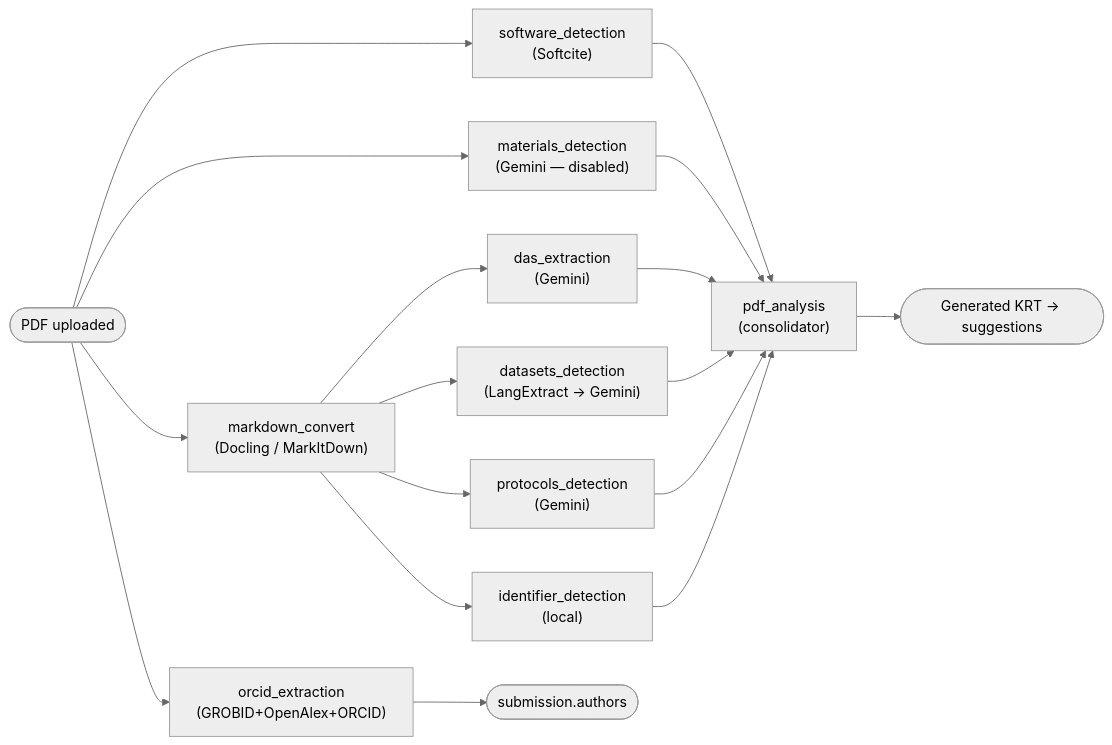
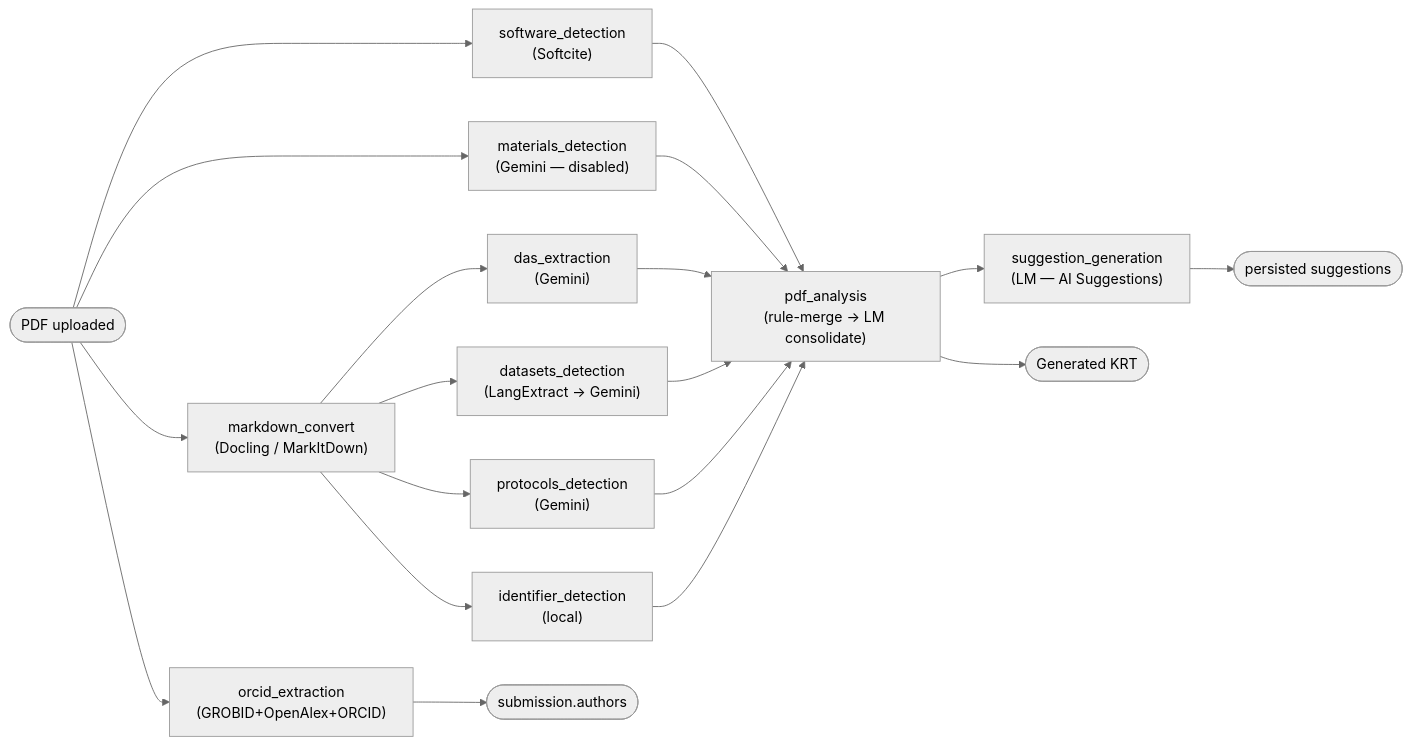
The diagram in docs/background-modules.md (DataSeer/asap-kr-sync), drawn with Mermaid (neutral theme) before and after one commit. The commit also changed other lines of this file and 14 other files, not shown here.

First line of the commit message:
docs: update for LM PDF Analysis + AI Suggestions module; drop ORCID dep

````diff
--- a/docs/background-modules.md
+++ b/docs/background-modules.md
@@ -33,19 +34,21 @@
 ```mermaid
 flowchart LR
     UP(["PDF uploaded"]) --> SW["software_detection<br/>(Softcite)"]
     UP --> OR["orcid_extraction<br/>(GROBID+OpenAlex+ORCID)"]
     UP --> MAT["materials_detection<br/>(Gemini — disabled)"]
     UP --> MDC["markdown_convert<br/>(Docling / MarkItDown)"]
     MDC --> DAS["das_extraction<br/>(Gemini)"]
     MDC --> DS["datasets_detection<br/>(LangExtract → Gemini)"]
     MDC --> PR["protocols_detection<br/>(Gemini)"]
     MDC --> ID["identifier_detection<br/>(local)"]
-    SW --> PA["pdf_analysis<br/>(consolidator)"]
+    SW --> PA["pdf_analysis<br/>(rule-merge → LM consolidate)"]
     MAT --> PA
     DAS --> PA
     DS --> PA
     PR --> PA
     ID --> PA
-    PA --> GK(["Generated KRT → suggestions"])
+    PA --> SG["suggestion_generation<br/>(LM — AI Suggestions)"]
+    SG --> SUG(["persisted suggestions"])
+    PA --> GK(["Generated KRT"])
     OR --> AU(["submission.authors"])
 ```
````
